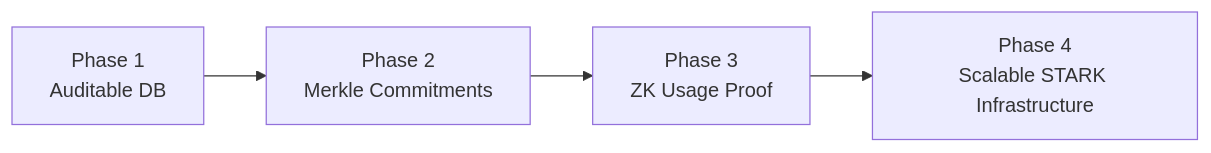
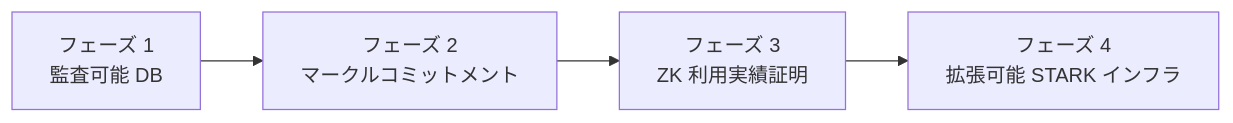
Before and after one commit to ShigeichiroYamasaki/creator-first-platform: diagram 15 of 47 in docs/whitepaper/12-infrastructure-cost.md, drawn with Mermaid. The commit also changed other lines of this file and 72 other files, not shown here.

````diff
--- a/docs/whitepaper/12-infrastructure-cost.md
+++ b/docs/whitepaper/12-infrastructure-cost.md
@@ -608,9 +608,9 @@
 ```mermaid
 flowchart LR
-    P1[Phase 1<br/>Auditable DB]
-    P2[Phase 2<br/>Merkle Commitments]
-    P3[Phase 3<br/>ZK Usage Proof]
-    P4[Phase 4<br/>Scalable STARK Infrastructure]
+    P1[フェーズ 1<br/>監査可能 DB]
+    P2[フェーズ 2<br/>マークルコミットメント]
+    P3[フェーズ 3<br/>ZK 利用実績証明]
+    P4[フェーズ 4<br/>拡張可能 STARK インフラ]
 
     P1 --> P2 --> P3 --> P4
 ```
````
